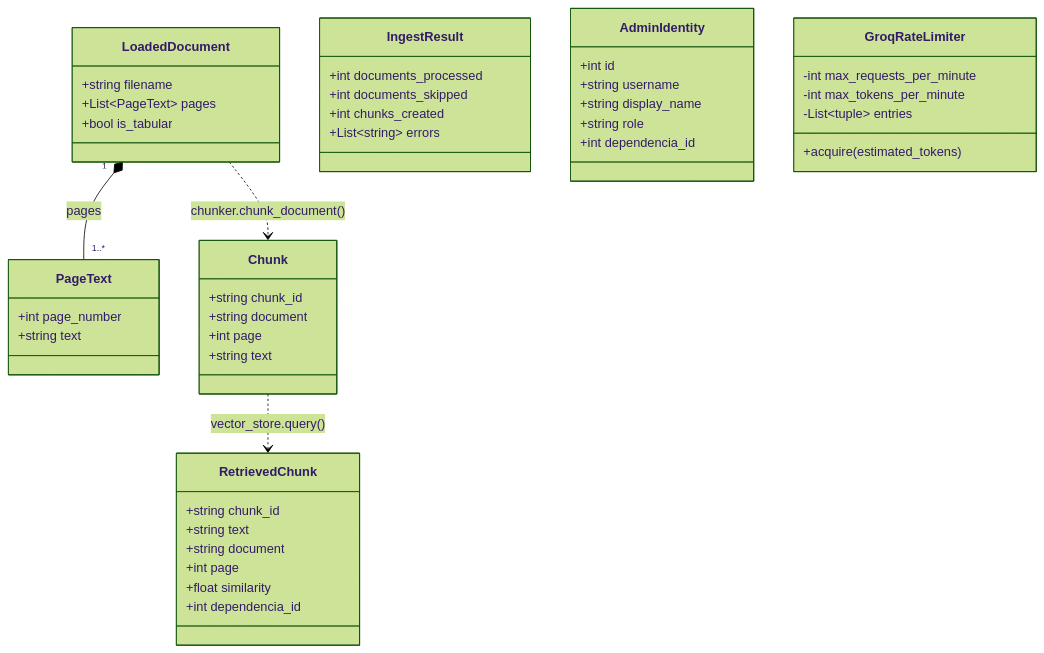
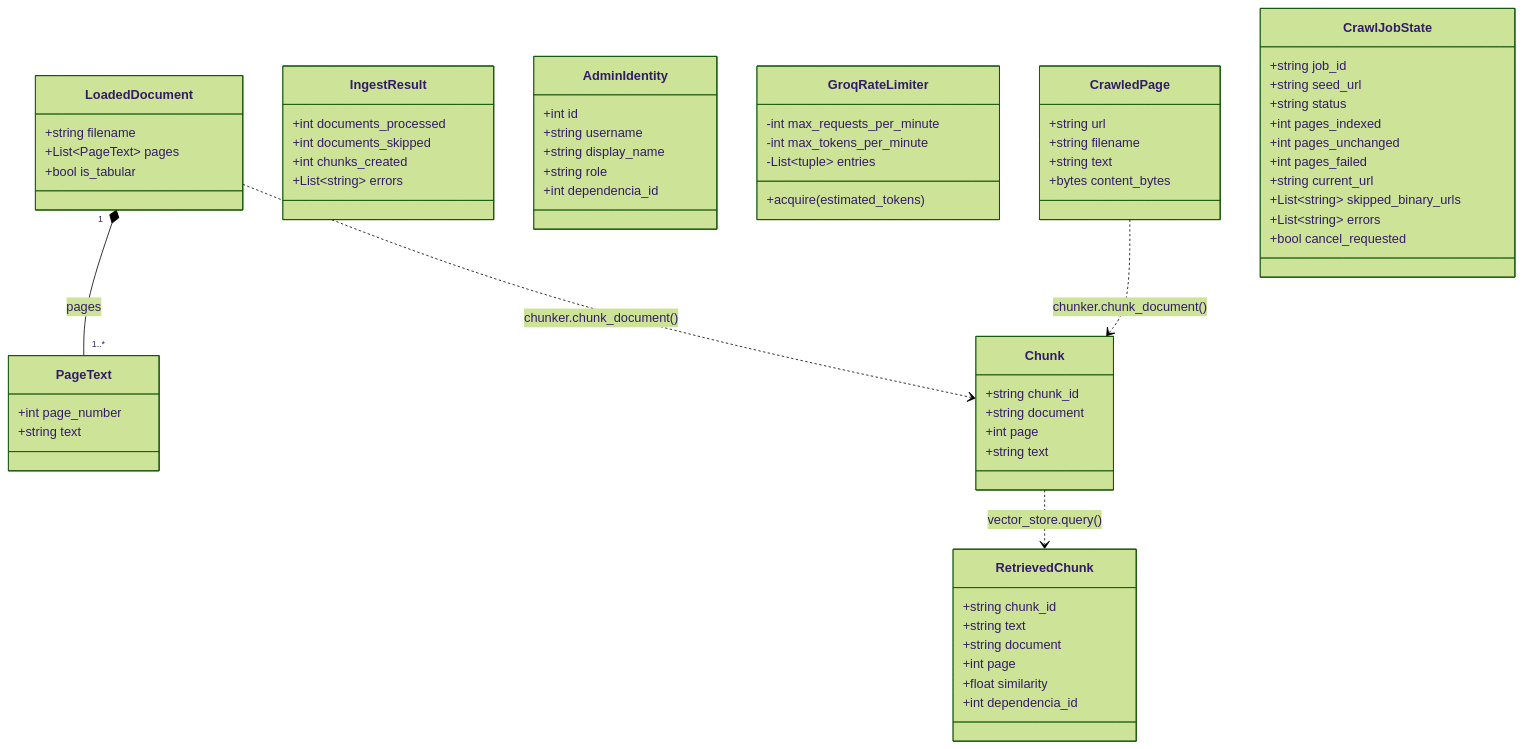
One commit to DaniWapp/chatbot changed the second of 2 diagrams in docs/diagrama-de-clases.md. Above: the diagram before and after it, drawn with Mermaid (forest theme). The commit also changed other lines of this file and 13 other files, not shown here.

````diff
--- a/docs/diagrama-de-clases.md
+++ b/docs/diagrama-de-clases.md
@@ -209,55 +234,76 @@
 ```mermaid
 classDiagram
     class PageText {
         +int page_number
         +string text
     }
 
     class LoadedDocument {
         +string filename
         +List~PageText~ pages
         +bool is_tabular
     }
 
     class Chunk {
         +string chunk_id
         +string document
         +int page
         +string text
     }
 
     class RetrievedChunk {
         +string chunk_id
         +string text
         +string document
         +int page
         +float similarity
         +int dependencia_id
     }
 
     class IngestResult {
         +int documents_processed
         +int documents_skipped
         +int chunks_created
         +List~string~ errors
     }
 
     class AdminIdentity {
         +int id
         +string username
         +string display_name
         +string role
         +int dependencia_id
     }
 
     class GroqRateLimiter {
         -int max_requests_per_minute
         -int max_tokens_per_minute
         -List~tuple~ entries
         +acquire(estimated_tokens)
     }
 
+    class CrawledPage {
+        +string url
+        +string filename
+        +string text
+        +bytes content_bytes
+    }
+
+    class CrawlJobState {
+        +string job_id
+        +string seed_url
+        +string status
+        +int pages_indexed
+        +int pages_unchanged
+        +int pages_failed
+        +string current_url
+        +List~string~ skipped_binary_urls
+        +List~string~ errors
+        +bool cancel_requested
+    }
+
     LoadedDocument "1" *-- "1..*" PageText : pages
     LoadedDocument ..> Chunk : chunker.chunk_document()
     Chunk ..> RetrievedChunk : vector_store.query()
+    CrawledPage ..> Chunk : chunker.chunk_document()
 ```
````
